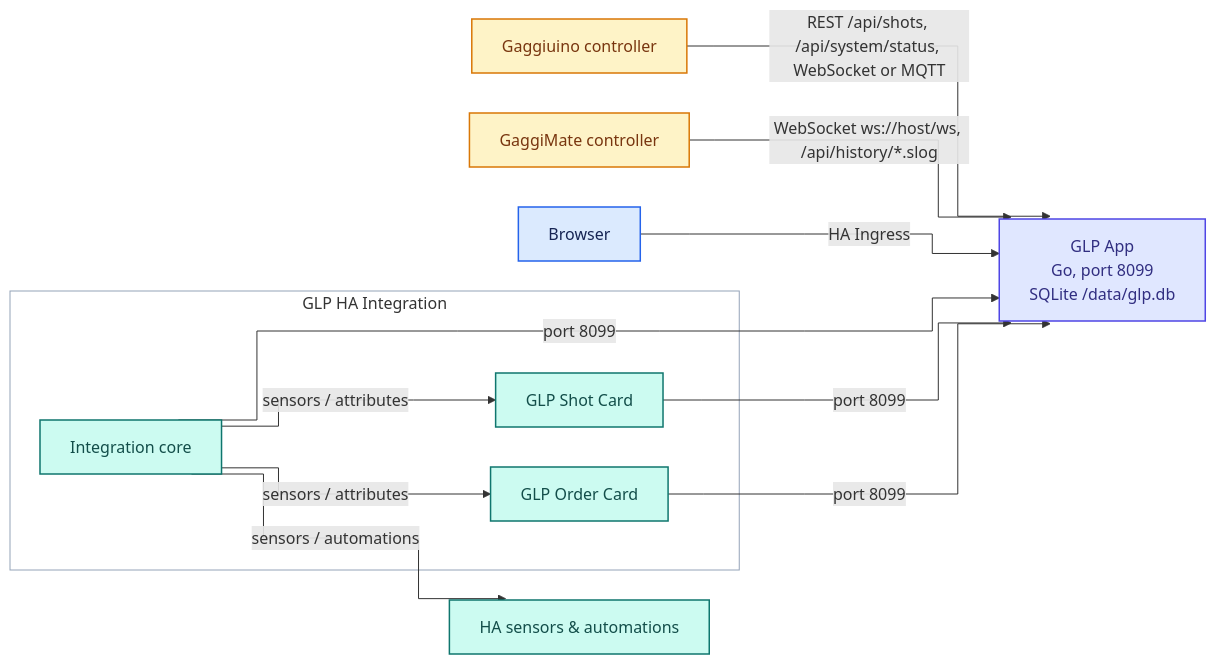
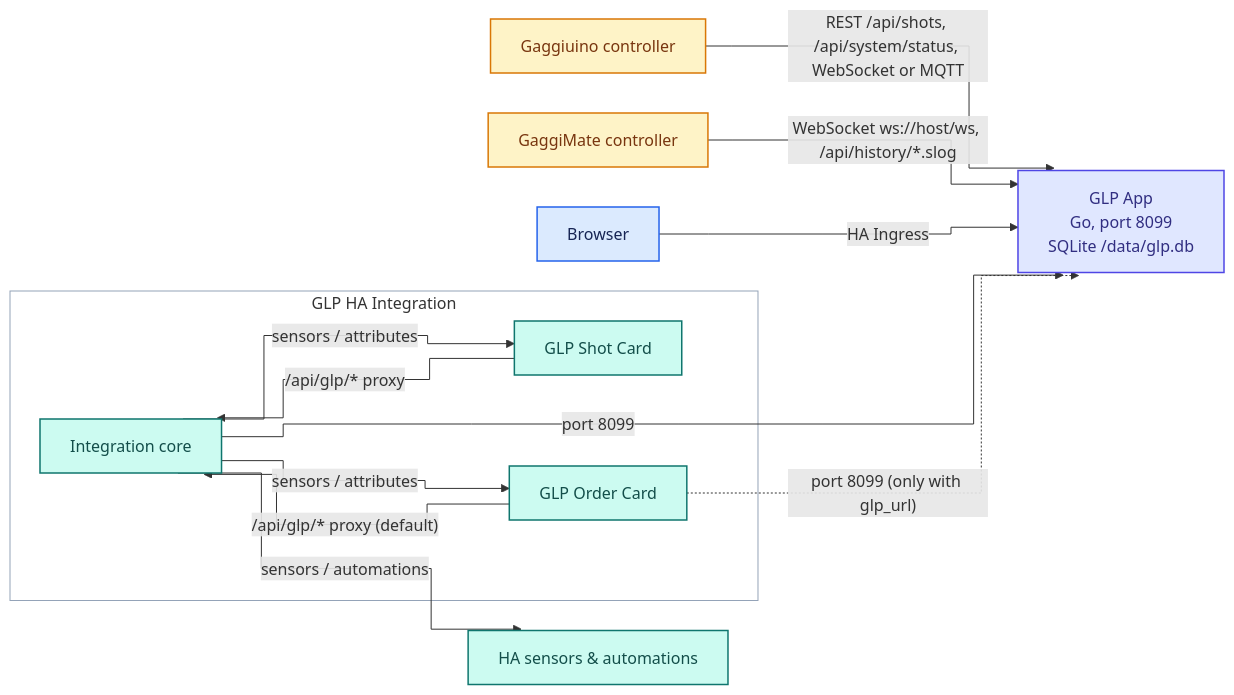
One commit to mxkissnr/gaggiuino-local-profiler changed the first of 2 diagrams in README.md. Above: the diagram before and after it, drawn with Mermaid.

Commit message:
docs: route the cards through the integration proxy in the README diagram
Refs #1191

````diff
--- a/README.md
+++ b/README.md
@@ -232,36 +232,37 @@
 ```mermaid
 %%{init: {"flowchart": {"curve": "step", "nodeSpacing": 40, "rankSpacing": 60}}}%%
 flowchart LR
   GGU["Gaggiuino controller"]
   GM["GaggiMate controller"]
   APP["GLP App<br/>Go, port 8099<br/>SQLite /data/glp.db"]
   BR["Browser"]
   HA["HA sensors & automations"]
   subgraph INTG["GLP HA Integration"]
     INT["Integration core"]
     SC["GLP Shot Card"]
     OC["GLP Order Card"]
   end
   GGU -->|"REST /api/shots, /api/system/status, WebSocket or MQTT"| APP
   GM -->|"WebSocket ws://host/ws, /api/history/*.slog"| APP
   BR -->|"HA Ingress"| APP
   INT -->|"port 8099"| APP
   INT -->|"sensors / attributes"| SC
   INT -->|"sensors / attributes"| OC
-  SC -->|"port 8099"| APP
-  OC -->|"port 8099"| APP
+  SC -->|"/api/glp/* proxy"| INT
+  OC -->|"/api/glp/* proxy (default)"| INT
+  OC -.->|"port 8099 (only with glp_url)"| APP
   INT -->|"sensors / automations"| HA
 
   classDef toneBlue fill:#dbeafe,stroke:#2563eb,stroke-width:1.5px,color:#172554
   classDef toneIndigo fill:#e0e7ff,stroke:#4f46e5,stroke-width:1.5px,color:#312e81
   classDef toneAmber fill:#fef3c7,stroke:#d97706,stroke-width:1.5px,color:#78350f
   classDef toneMint fill:#dcfce7,stroke:#16a34a,stroke-width:1.5px,color:#14532d
   classDef toneRose fill:#ffe4e6,stroke:#e11d48,stroke-width:1.5px,color:#881337
   classDef toneTeal fill:#ccfbf1,stroke:#0f766e,stroke-width:1.5px,color:#134e4a
   classDef toneNeutral fill:#f8fafc,stroke:#334155,stroke-width:1.5px,color:#0f172a
   class APP toneIndigo
   class GGU,GM toneAmber
   class INT,SC,OC,HA toneTeal
   class BR toneBlue
   style INTG fill:#f8fafc10,stroke:#94a3b8
 ```
````
